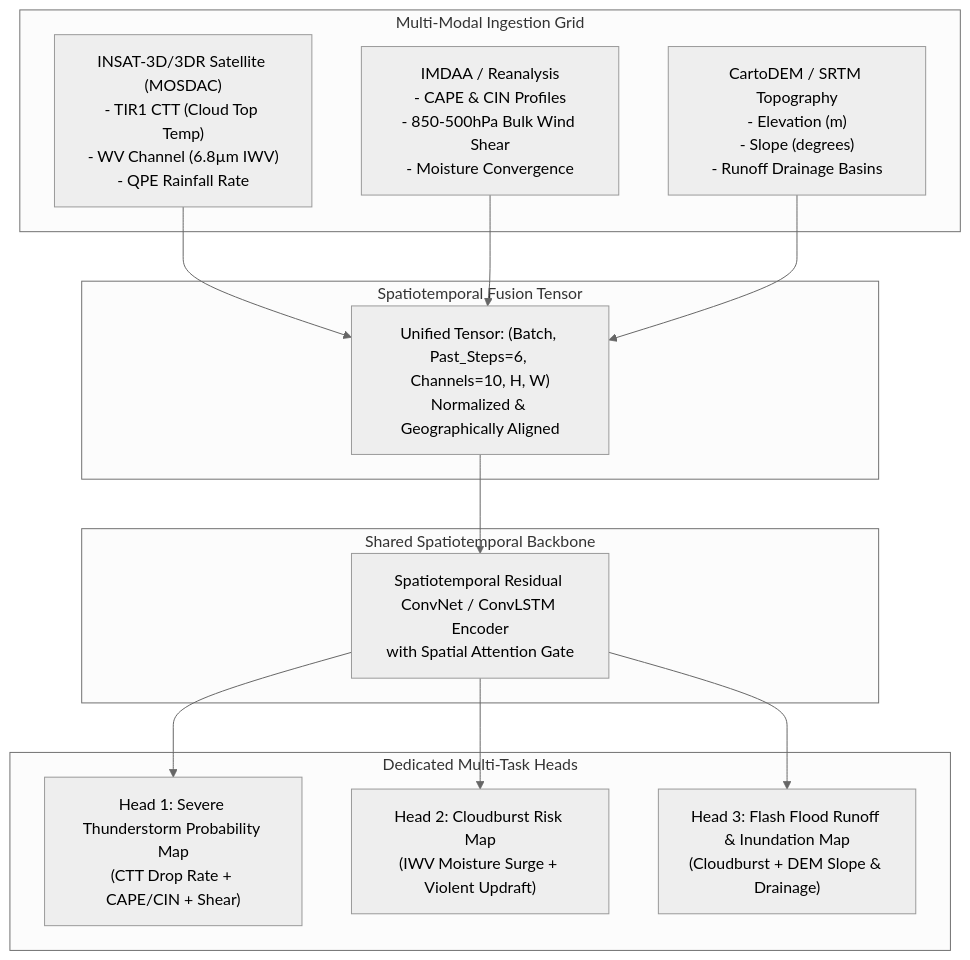
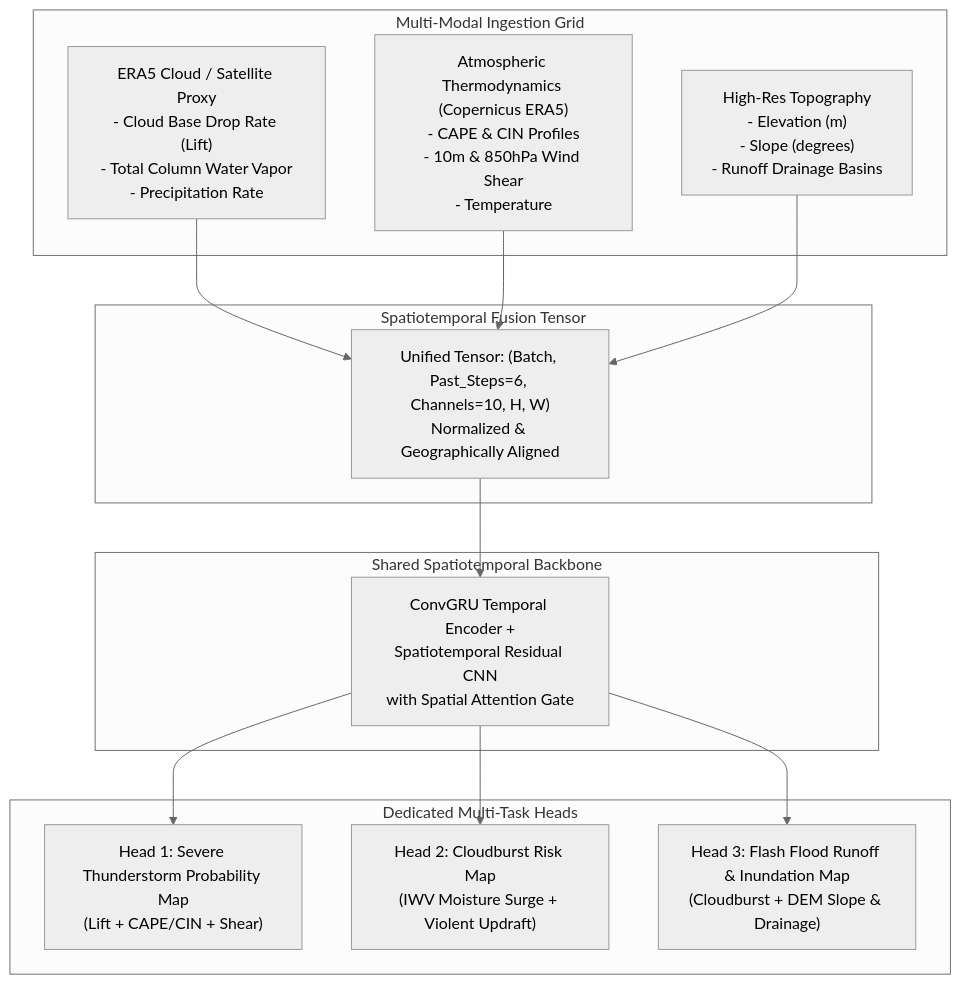
One commit to arcanekrishna/Megh_drishti changed the diagram in docs/SIH_PITCH_AND_ARCHITECTURE.md. Above: the diagram before and after it, drawn with Mermaid (neutral theme). The commit also changed other lines of this file and 17 other files, not shown here.

Commit message:
SIH V2: Upgraded to Recurrent ConvGRU Architecture with proper ERA5 data pipeline

````diff
--- a/docs/SIH_PITCH_AND_ARCHITECTURE.md
+++ b/docs/SIH_PITCH_AND_ARCHITECTURE.md
@@ -37,28 +37,28 @@
 ```mermaid
 flowchart TB
     subgraph Multi_Modal_Inputs [Multi-Modal Ingestion Grid]
-        A["INSAT-3D/3DR Satellite (MOSDAC)\n- TIR1 CTT (Cloud Top Temp)\n- WV Channel (6.8µm IWV)\n- QPE Rainfall Rate"]
-        B["IMDAA / Reanalysis\n- CAPE & CIN Profiles\n- 850-500hPa Bulk Wind Shear\n- Moisture Convergence"]
-        C["CartoDEM / SRTM Topography\n- Elevation (m)\n- Slope (degrees)\n- Runoff Drainage Basins"]
+        A["ERA5 Cloud / Satellite Proxy\n- Cloud Base Drop Rate (Lift)\n- Total Column Water Vapor\n- Precipitation Rate"]
+        B["Atmospheric Thermodynamics (Copernicus ERA5)\n- CAPE & CIN Profiles\n- 10m & 850hPa Wind Shear\n- Temperature"]
+        C["High-Res Topography\n- Elevation (m)\n- Slope (degrees)\n- Runoff Drainage Basins"]
     end
 
     subgraph Fusion [Spatiotemporal Fusion Tensor]
         D["Unified Tensor: (Batch, Past_Steps=6, Channels=10, H, W)\nNormalized & Geographically Aligned"]
     end
 
     subgraph Deep_Backbone [Shared Spatiotemporal Backbone]
-        E["Spatiotemporal Residual ConvNet / ConvLSTM Encoder\nwith Spatial Attention Gate"]
+        E["ConvGRU Temporal Encoder +\nSpatiotemporal Residual CNN\nwith Spatial Attention Gate"]
     end
 
     subgraph Multi_Task_Heads [Dedicated Multi-Task Heads]
-        F["Head 1: Severe Thunderstorm Probability Map\n(CTT Drop Rate + CAPE/CIN + Shear)"]
+        F["Head 1: Severe Thunderstorm Probability Map\n(Lift + CAPE/CIN + Shear)"]
         G["Head 2: Cloudburst Risk Map\n(IWV Moisture Surge + Violent Updraft)"]
         H["Head 3: Flash Flood Runoff & Inundation Map\n(Cloudburst + DEM Slope & Drainage)"]
     end
 
     A & B & C --> D
     D --> E
     E --> F
     E --> G
     E --> H
 ```
````
